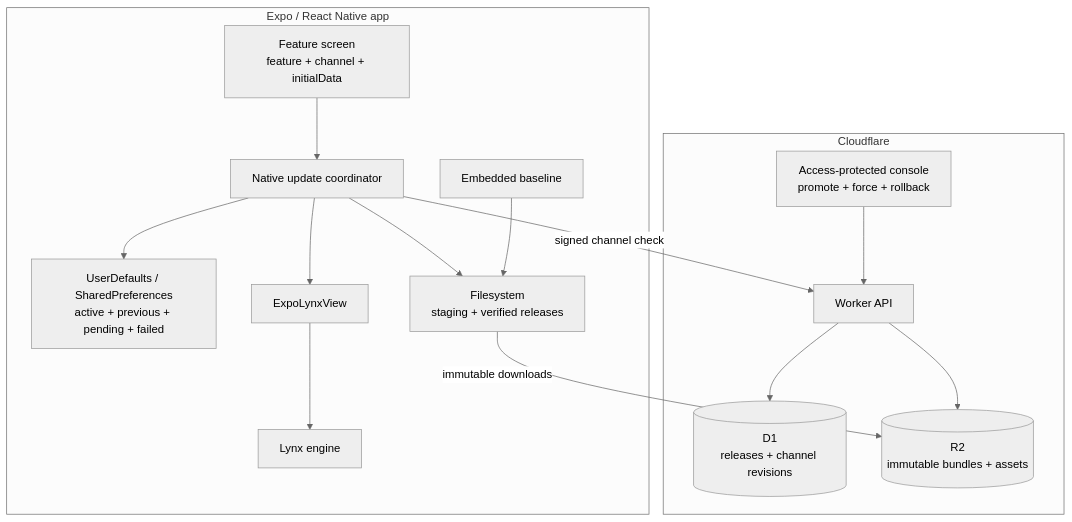
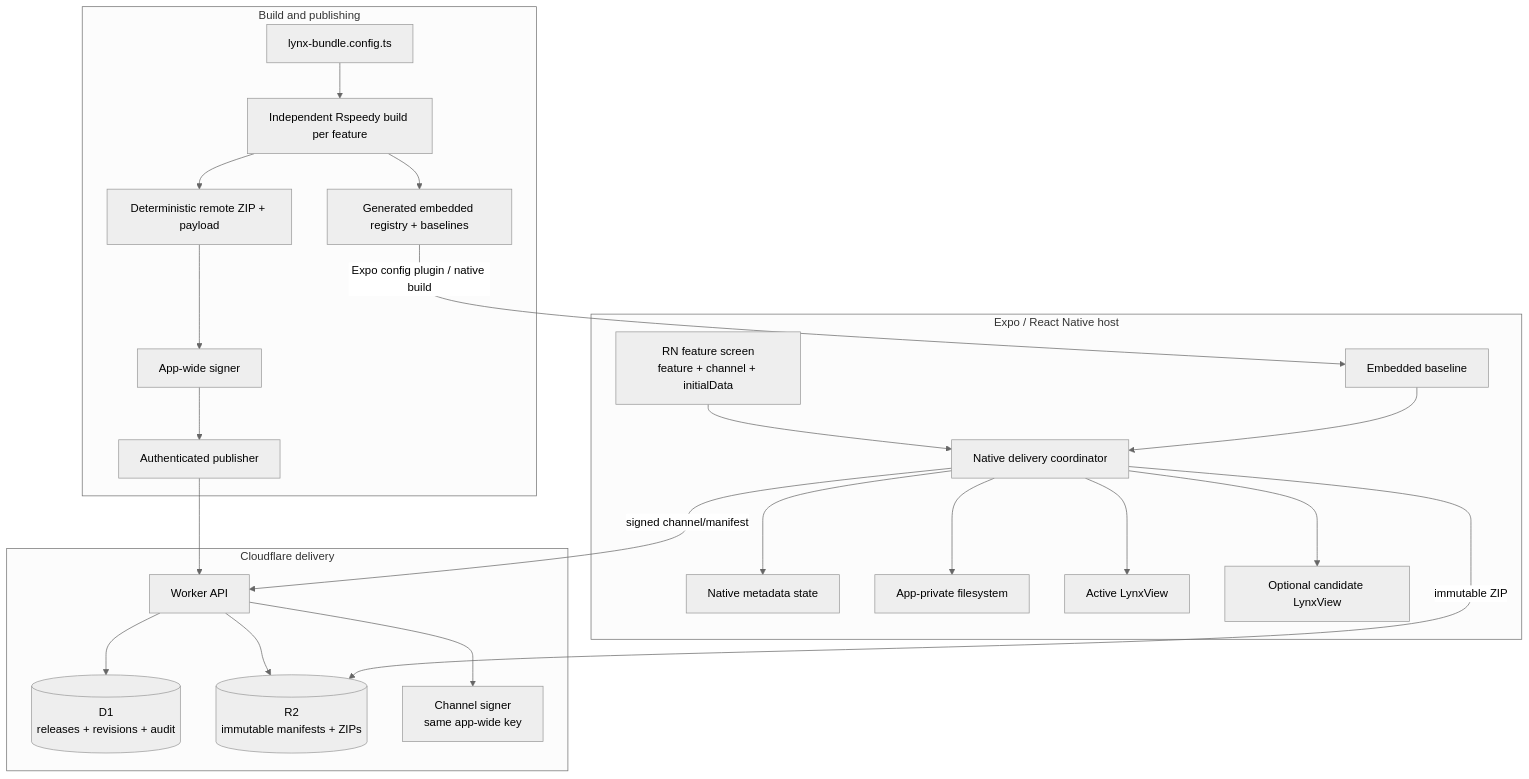
Before and after one commit to chanphiromsok/expo-lynx-view: the first of 2 diagrams in packages/expo-lynx/feature/delivery-bundle-update/ARCHITECTURE.md, drawn with Mermaid (neutral theme). The commit also changed other lines of this file and 74 other files, not shown here.

Commit message:
chore(lynx): checkpoint remote bundle architecture and implementation

````diff
--- a/packages/expo-lynx/feature/delivery-bundle-update/ARCHITECTURE.md
+++ b/packages/expo-lynx/feature/delivery-bundle-update/ARCHITECTURE.md
@@ -9,32 +33,45 @@
 ```mermaid
 flowchart TB
-  subgraph APP[Expo / React Native app]
-    RN[Feature screen\nfeature + channel + initialData]
-    COORD[Native update coordinator]
-    STATE[UserDefaults / SharedPreferences\nactive + previous + pending + failed]
-    STORE[Filesystem\nstaging + verified releases]
-    VIEW[ExpoLynxView]
-    LYNX[Lynx engine]
+  subgraph BUILD[Build and publishing]
+    CONFIG[lynx-bundle.config.ts]
+    RSPEEDY[Independent Rspeedy build per feature]
+    EMBEDOUT[Generated embedded registry + baselines]
+    PACK[Deterministic remote ZIP + payload]
+    SIGN[App-wide signer]
+    UPLOAD[Authenticated publisher]
+    CONFIG --> RSPEEDY
+    RSPEEDY --> EMBEDOUT
+    RSPEEDY --> PACK --> SIGN --> UPLOAD
+  end
+
+  subgraph CF[Cloudflare delivery]
+    WORKER[Worker API]
+    D1[(D1\nreleases + revisions + audit)]
+    R2[(R2\nimmutable manifests + ZIPs)]
+    CSIGN[Channel signer\nsame app-wide key]
+    UPLOAD --> WORKER
+    WORKER --> D1
+    WORKER --> R2
+    WORKER --> CSIGN
+  end
+
+  subgraph HOST[Expo / React Native host]
+    RN[RN feature screen\nfeature + channel + initialData]
+    COORD[Native delivery coordinator]
+    STATE[Native metadata state]
+    STORE[App-private filesystem]
+    ACTIVE[Active LynxView]
+    CANDIDATE[Optional candidate LynxView]
     BASE[Embedded baseline]
-
     RN --> COORD
     COORD --> STATE
     COORD --> STORE
-    COORD --> VIEW --> LYNX
-    BASE --> STORE
+    COORD --> ACTIVE
+    COORD --> CANDIDATE
+    BASE --> COORD
   end
 
-  subgraph CF[Cloudflare]
-    WORKER[Worker API]
-    D1[(D1\nreleases + channel revisions)]
-    R2[(R2\nimmutable bundles + assets)]
-    CONSOLE[Access-protected console\npromote + force + rollback]
-
-    CONSOLE --> WORKER
-    WORKER --> D1
-    WORKER --> R2
-  end
-
-  COORD -- signed channel check --> WORKER
-  STORE -- immutable downloads --> R2
+  EMBEDOUT -->|Expo config plugin / native build| BASE
+  COORD -->|signed channel/manifest| WORKER
+  COORD -->|immutable ZIP| R2
 ```
````
